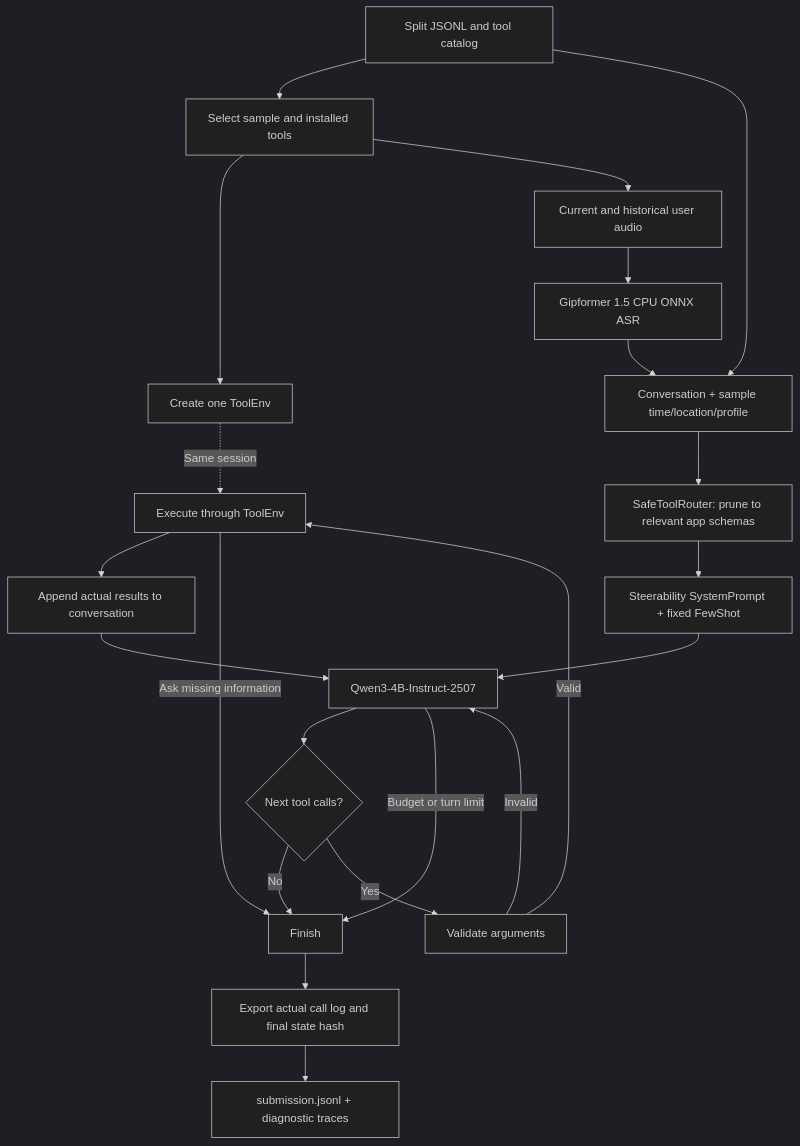
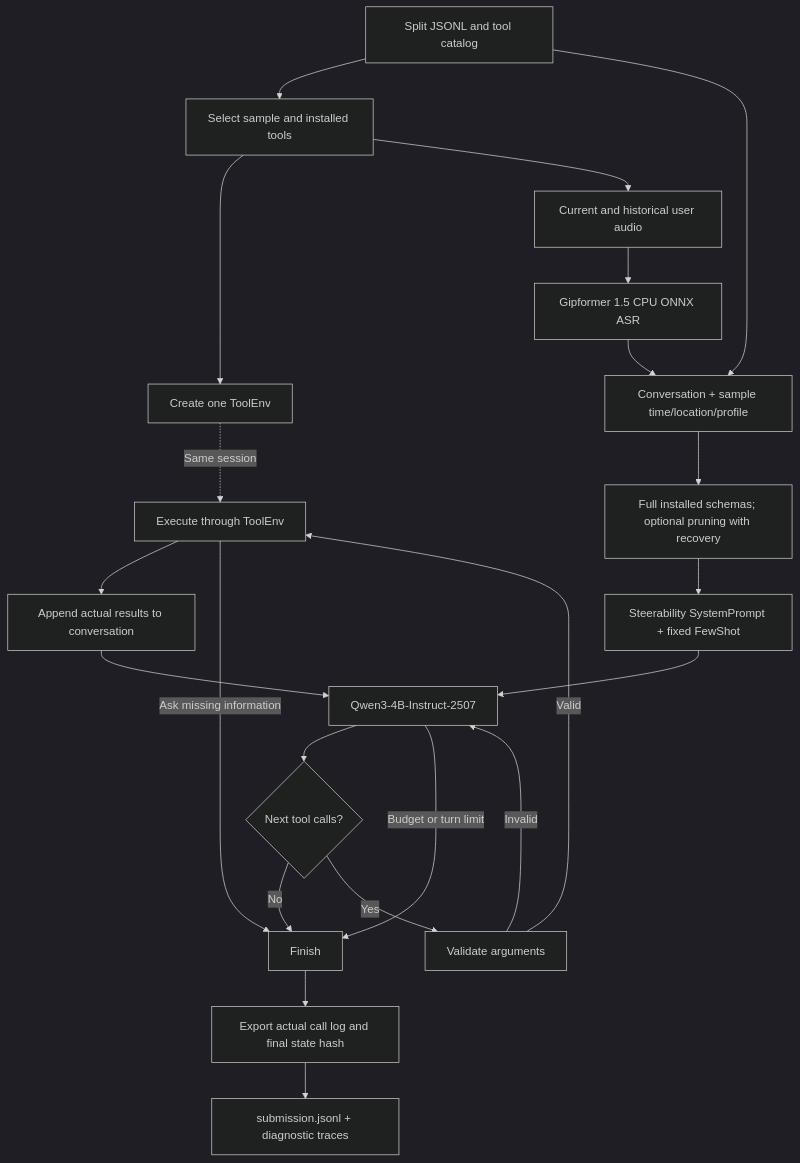
One commit to AmnO-O/ZolaAIC changed the diagram in PIPELINE.md. Above: the diagram before and after it, drawn with Mermaid (dark theme). The commit also changed other lines of this file and 12 other files, not shown here.

````diff
--- a/PIPELINE.md
+++ b/PIPELINE.md
@@ -7,24 +7,24 @@
 ```mermaid
 flowchart TD
     A[Split JSONL and tool catalog] --> B[Select sample and installed tools]
     B --> C[Create one ToolEnv]
     B --> D[Current and historical user audio]
     D --> E[Gipformer 1.5 CPU ONNX ASR]
     E --> F[Conversation + sample time/location/profile]
     A --> F
-    F --> R[SafeToolRouter: prune to relevant app schemas]
+    F --> R[Full installed schemas; optional pruning with recovery]
     R --> P[Steerability SystemPrompt + fixed FewShot]
     P --> G[Qwen3-4B-Instruct-2507]
     G --> H{Next tool calls?}
     H -->|No| L[Finish]
     H -->|Yes| I[Validate arguments]
     I -->|Invalid| G
     I -->|Valid| J[Execute through ToolEnv]
     C -.->|Same session| J
     J --> K[Append actual results to conversation]
     K --> G
     J -->|Ask missing information| L
     G -->|Budget or turn limit| L
     L --> M[Export actual call log and final state hash]
     M --> N[submission.jsonl + diagnostic traces]
 ```
````
